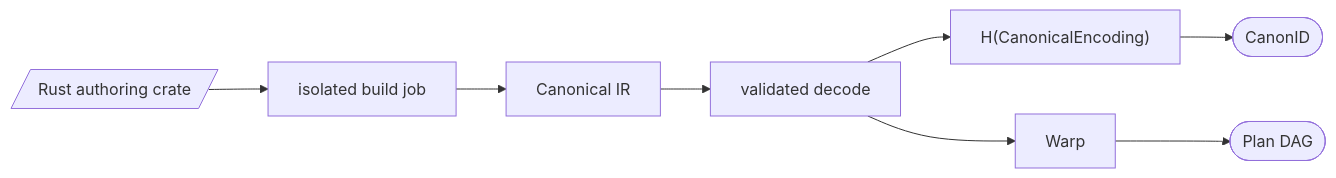
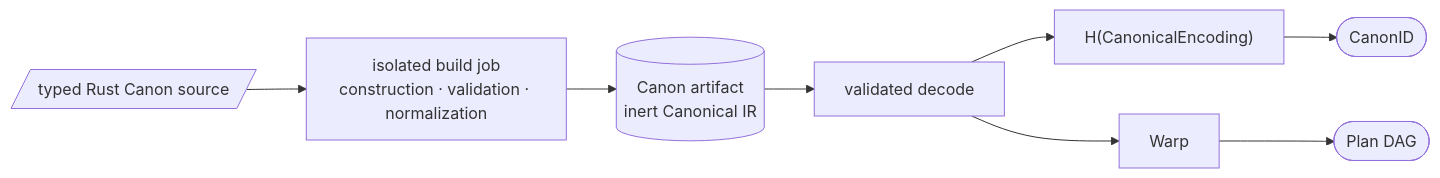
Before and after one commit to kmosoti/Nomos: the first of 8 diagrams in docs/architecture/runtime.md, drawn with Mermaid. The commit also changed other lines of this file and 17 other files, not shown here.

````diff
--- a/docs/architecture/runtime.md
+++ b/docs/architecture/runtime.md
@@ -7,6 +7,6 @@
 ```mermaid
 flowchart LR
-    R[/"Rust authoring crate"/] --> B["isolated build job"] --> IR["Canonical IR"]
-    IR --> V["validated decode"] --> H["H(CanonicalEncoding)"] --> CID(["CanonID"])
+    R[/"typed Rust Canon source"/] --> B["isolated build job<br/>construction · validation · normalization"] --> ART[("Canon artifact<br/>inert Canonical IR")]
+    ART --> V["validated decode"] --> H["H(CanonicalEncoding)"] --> CID(["CanonID"])
     V --> W["Warp"] --> DAG(["Plan DAG"])
 ```
````
